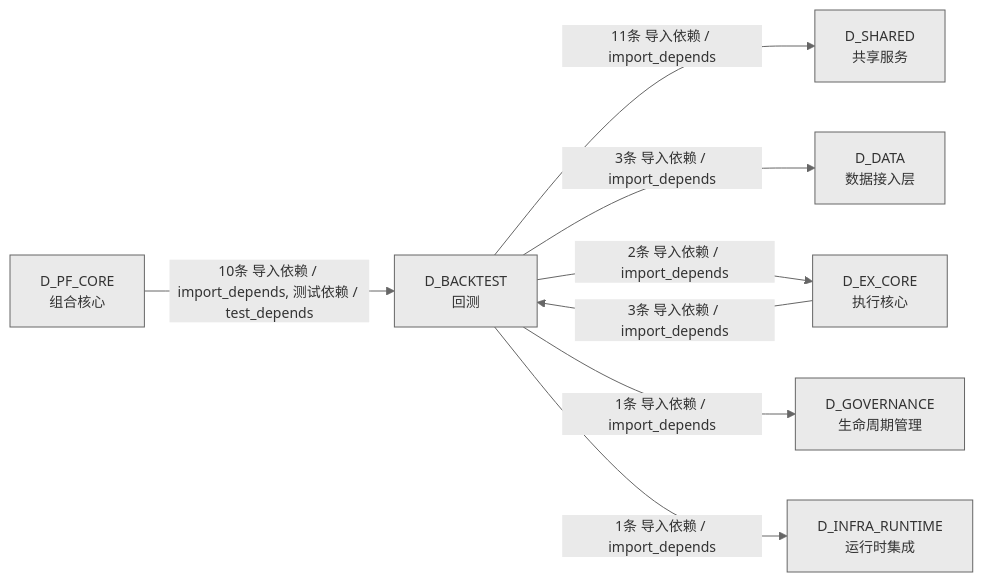
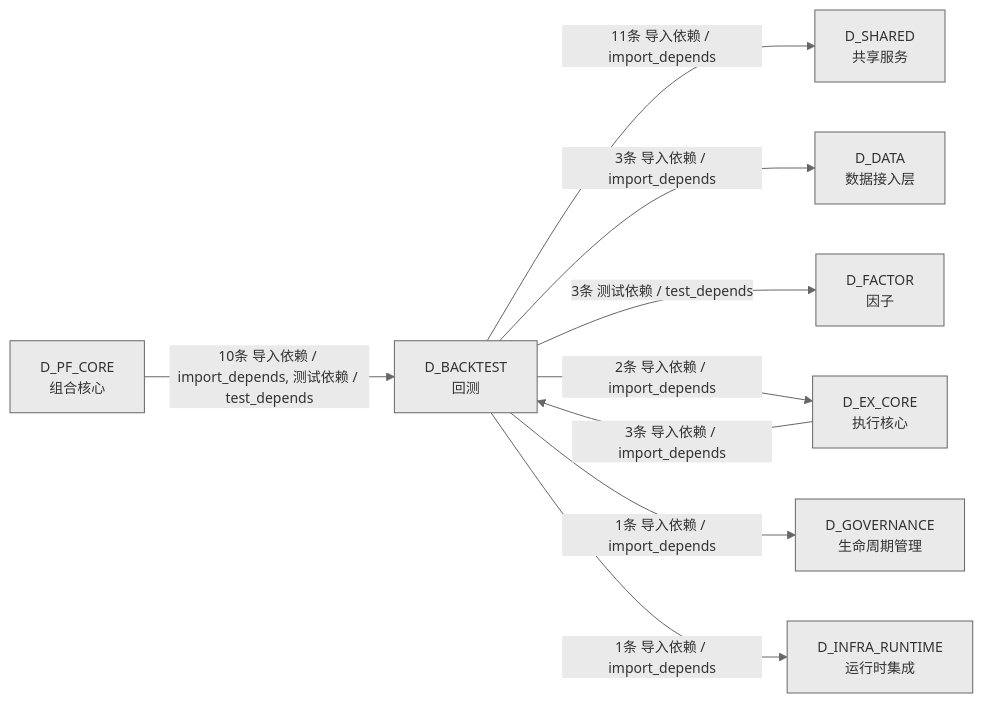
Before and after one commit to xuanFelixVan/ZephyrAlpha: the fourth of 4 diagrams in docs/02_enterprise_architecture/02_domain_architecture_docs/35_d_backtest.md, drawn with Mermaid. The commit also changed other lines of this file and 46 other files, not shown here.

````diff
--- a/docs/02_enterprise_architecture/02_domain_architecture_docs/35_d_backtest.md
+++ b/docs/02_enterprise_architecture/02_domain_architecture_docs/35_d_backtest.md
@@ -357,18 +450,20 @@
 ```mermaid
 %%{init: {'theme': 'base', 'themeVariables': {'primaryColor': '#eaeaea', 'primaryTextColor': '#333333', 'primaryBorderColor': '#666666', 'lineColor': '#666666', 'secondaryColor': '#eaeaea', 'tertiaryColor': '#eaeaea', 'fontSize': '14px'}}}%%
 graph LR
     D_BACKTEST["D_BACKTEST<br/>回测"]
     D_SHARED["D_SHARED<br/>共享服务"]
     D_DATA["D_DATA<br/>数据接入层"]
+    D_FACTOR["D_FACTOR<br/>因子"]
     D_EX_CORE["D_EX_CORE<br/>执行核心"]
     D_GOVERNANCE["D_GOVERNANCE<br/>生命周期管理"]
     D_INFRA_RUNTIME["D_INFRA_RUNTIME<br/>运行时集成"]
     D_PF_CORE["D_PF_CORE<br/>组合核心"]
     D_BACKTEST -->|11条 导入依赖 / import_depends| D_SHARED
     D_BACKTEST -->|3条 导入依赖 / import_depends| D_DATA
+    D_BACKTEST -->|3条 测试依赖 / test_depends| D_FACTOR
     D_BACKTEST -->|2条 导入依赖 / import_depends| D_EX_CORE
     D_BACKTEST -->|1条 导入依赖 / import_depends| D_GOVERNANCE
     D_BACKTEST -->|1条 导入依赖 / import_depends| D_INFRA_RUNTIME
     D_PF_CORE -->|10条 导入依赖 / import_depends, 测试依赖 / test_depends| D_BACKTEST
     D_EX_CORE -->|3条 导入依赖 / import_depends| D_BACKTEST
 ```
````
